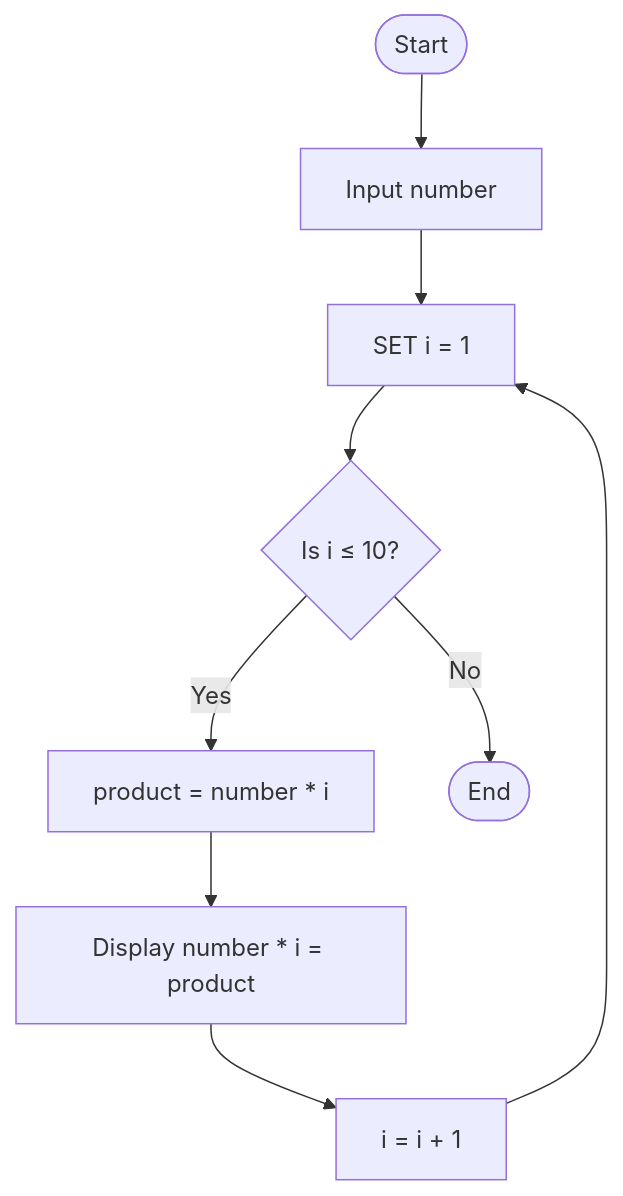
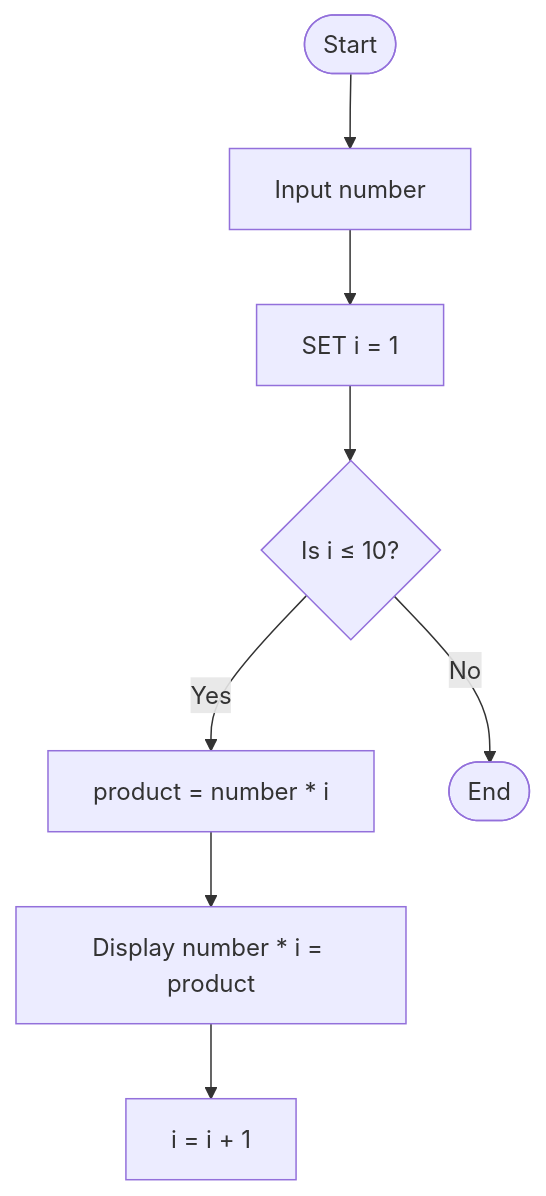
One commit to Gloriane7767/Workshop_Algorithm_Flowchart changed the third of 3 diagrams in README.md. Above: the diagram before and after it, drawn with Mermaid.

Commit message:
Remove loop back from G to C in flowchart

````diff
--- a/README.md
+++ b/README.md
@@ -97,12 +97,11 @@
 ```mermaid
 flowchart TD
     A([Start]) --> B[Input number]
     B --> C[SET i = 1]
     C --> D{Is i ≤ 10?}
     D -- Yes --> E[product = number * i]
     E --> F[Display number * i = product]
     F --> G[i = i + 1]
-    G --> C
     D -- No --> H([End])
 
 ```
````
